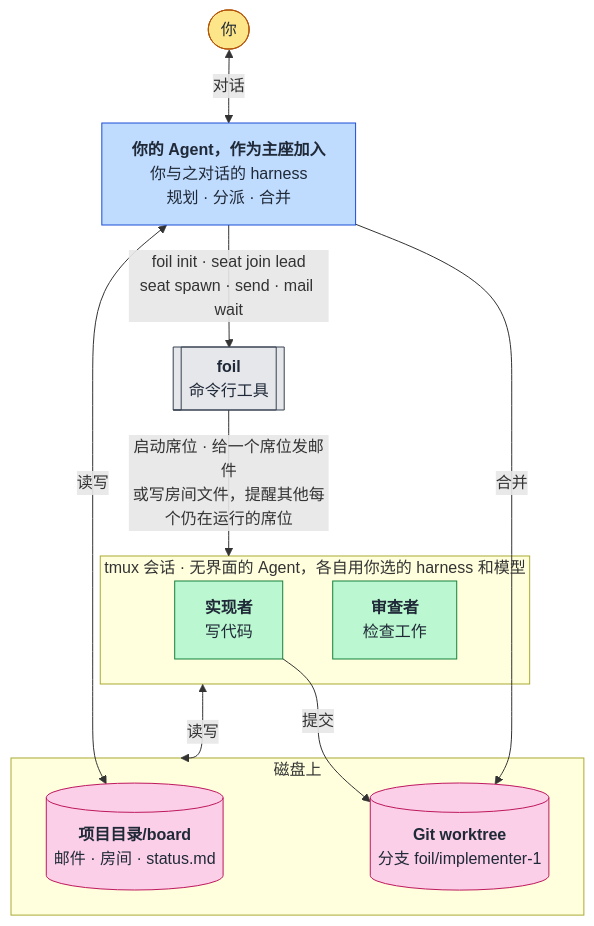
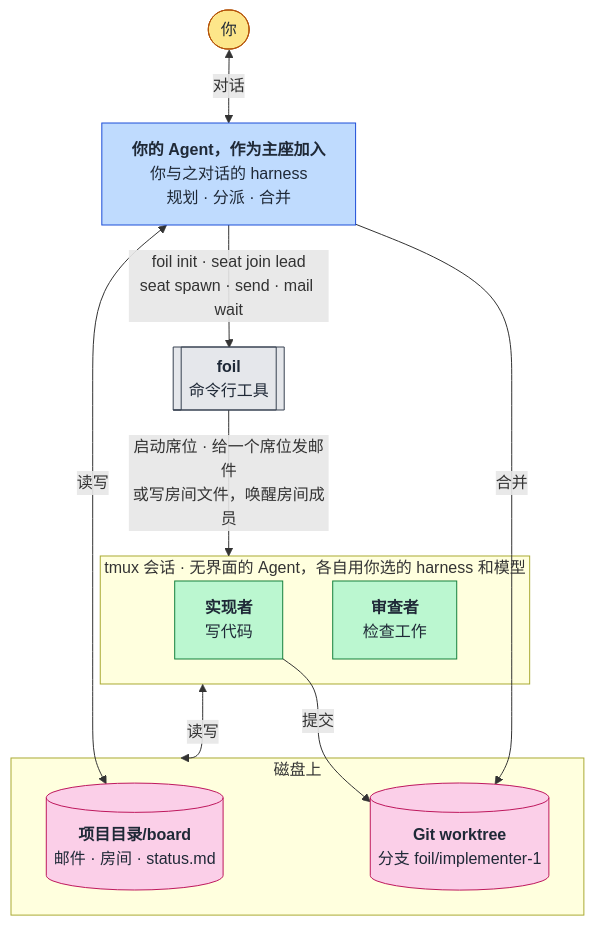
Before and after one commit to TiantianFlow/foil: the diagram in README.zh-CN.md, drawn with Mermaid. The commit also changed other lines of this file and 88 other files, not shown here.

````diff
--- a/README.zh-CN.md
+++ b/README.zh-CN.md
@@ -37,35 +37,35 @@
 ```mermaid
 flowchart TB
   you(["你"])
   lead["<b>你的 Agent，作为主座加入</b><br/>你与之对话的 harness<br/>规划 · 分派 · 合并"]
   foil[["<b>foil</b><br/>命令行工具"]]
 
   subgraph fleet["tmux 会话 · 无界面的 Agent，各自用你选的 harness 和模型"]
     impl["<b>实现者</b><br/>写代码"]
     rev["<b>审查者</b><br/>检查工作"]
   end
 
   subgraph disk["磁盘上"]
     board[("<b>项目目录/board</b><br/>邮件 · 房间 · status.md")]
     tree[("<b>Git worktree</b><br/>分支 foil/implementer-1")]
   end
 
   you <-->|对话| lead
   lead -->|"foil init · seat join lead<br/>seat spawn · send · mail wait"| foil
-  foil -->|"启动席位 · 给一个席位发邮件<br/>或写房间文件，提醒其他每个仍在运行的席位"| fleet
+  foil -->|"启动席位 · 给一个席位发邮件<br/>或写房间文件，唤醒房间成员"| fleet
   fleet <-->|读写| disk
   lead <-->|读写| board
   impl -->|提交| tree
   lead -->|合并| tree
 
   classDef human fill:#fde68a,stroke:#b45309,color:#1f2937
   classDef yours fill:#bfdbfe,stroke:#1d4ed8,color:#1f2937
   classDef tool fill:#e5e7eb,stroke:#374151,color:#1f2937
   classDef seat fill:#bbf7d0,stroke:#15803d,color:#1f2937
   classDef data fill:#fbcfe8,stroke:#be185d,color:#1f2937
   class you human
   class lead yours
   class foil tool
   class impl,rev seat
   class board,tree data
 ```
````
